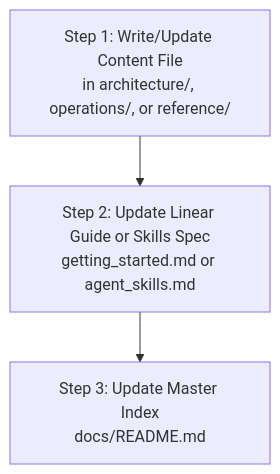
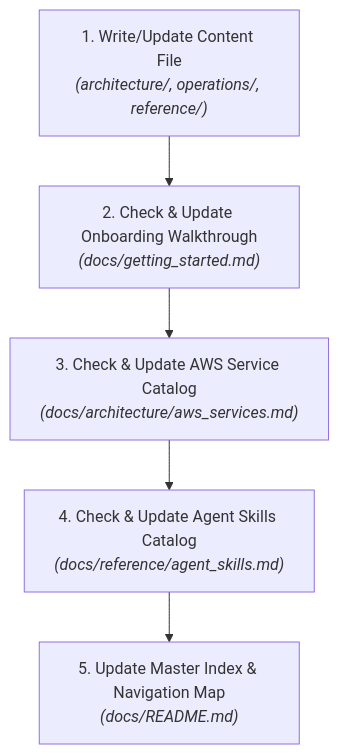
Before and after one commit to Beep1608/cleanmybelly: the diagram in .agent/skills/docs_writer/SKILL.md, drawn with Mermaid. The commit also changed other lines of this file and 8 other files, not shown here.

````diff
--- a/.agent/skills/docs_writer/SKILL.md
+++ b/.agent/skills/docs_writer/SKILL.md
@@ -35,5 +43,7 @@
 ```mermaid
 graph TD
-    Step1[Step 1: Write/Update Content File<br>in architecture/, operations/, or reference/] --> Step2[Step 2: Update Linear Guide or Skills Spec<br>getting_started.md or agent_skills.md]
-    Step2 --> Step3[Step 3: Update Master Index<br>docs/README.md]
+    Step1["1. Write/Update Content File<br><i>(architecture/, operations/, reference/)</i>"] --> Step2["2. Check & Update Onboarding Walkthrough<br><i>(docs/getting_started.md)</i>"]
+    Step2 --> Step3["3. Check & Update AWS Service Catalog<br><i>(docs/architecture/aws_services.md)</i>"]
+    Step3 --> Step4["4. Check & Update Agent Skills Catalog<br><i>(docs/reference/agent_skills.md)</i>"]
+    Step4 --> Step5["5. Update Master Index & Navigation Map<br><i>(docs/README.md)</i>"]
 ```
````
